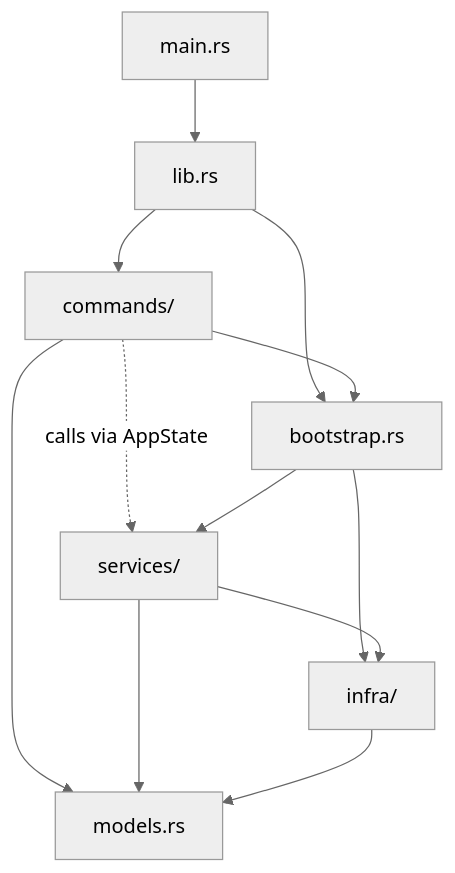
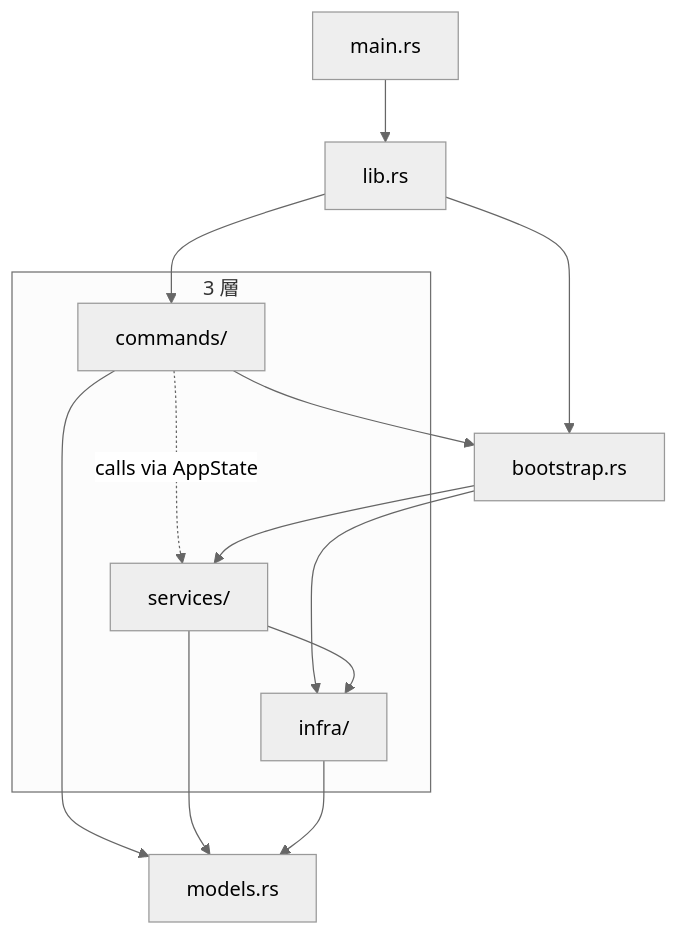
Before and after one commit to stkii/sai: the second of 2 diagrams in docs/ARCHITECTURE.md, drawn with Mermaid (neutral theme). The commit also changed other lines of this file, not shown here.

First line of the commit message:
docs: ARCHITECTURE を実装に合わせて更新

````diff
--- a/docs/ARCHITECTURE.md
+++ b/docs/ARCHITECTURE.md
@@ -212,17 +277,32 @@
 ```mermaid
 flowchart TD
-  M[main.rs] --> L[lib.rs]
-  L --> B[bootstrap.rs]
-  L --> C[commands/]
+  M[main.rs]
+  L[lib.rs]
+  B[bootstrap.rs]
+  MO[models.rs]
 
+  subgraph layers["3 層"]
+    C[commands/]
+    S[services/]
+    I[infra/]
+  end
+
+  %% 起動経路
+  M --> L
+  L --> B
+  L --> C
+
+  %% commands
   C --> B
-  C --> MO[models.rs]
-  C -.calls via AppState.-> S[services/]
+  C --> MO
+  C -. "calls via AppState" .-> S
 
+  %% 生成・結線
   B --> S
-  B --> I[infra/]
+  B --> I
 
+  %% 層間
   S --> I
   S --> MO
   I --> MO
 ```
````
